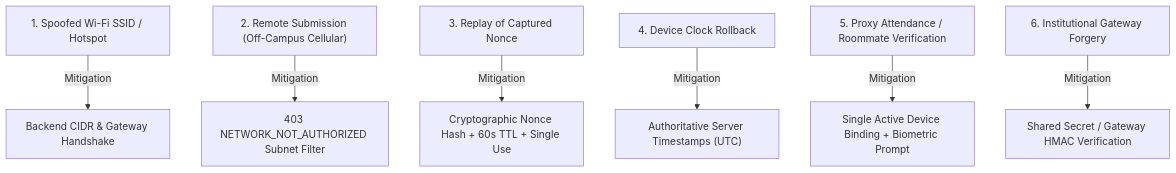
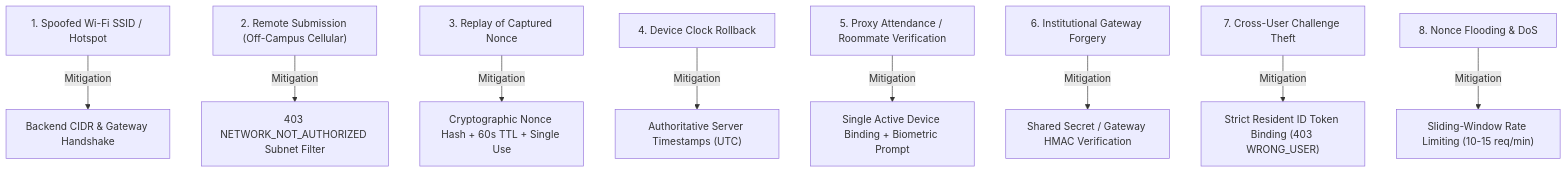
One commit to Jyothikrishna06/Attendance-marker changed the diagram in docs/threat-model.md. Above: the diagram before and after it, drawn with Mermaid. The commit also changed other lines of this file and 12 other files, not shown here.

Commit message:
feat(challenge): implement short-lived verification challenges, anti-replay, wrong-user defense, rate limiting, and tests

````diff
--- a/docs/threat-model.md
+++ b/docs/threat-model.md
@@ -16,9 +16,11 @@
 ```mermaid
 graph TD
     Attack1["1. Spoofed Wi-Fi SSID / Hotspot"] -->|Mitigation| C1["Backend CIDR & Gateway Handshake"]
     Attack2["2. Remote Submission (Off-Campus Cellular)"] -->|Mitigation| C2["403 NETWORK_NOT_AUTHORIZED Subnet Filter"]
     Attack3["3. Replay of Captured Nonce"] -->|Mitigation| C3["Cryptographic Nonce Hash + 60s TTL + Single Use"]
     Attack4["4. Device Clock Rollback"] -->|Mitigation| C4["Authoritative Server Timestamps (UTC)"]
     Attack5["5. Proxy Attendance / Roommate Verification"] -->|Mitigation| C5["Single Active Device Binding + Biometric Prompt"]
     Attack6["6. Institutional Gateway Forgery"] -->|Mitigation| C6["Shared Secret / Gateway HMAC Verification"]
+    Attack7["7. Cross-User Challenge Theft"] -->|Mitigation| C7["Strict Resident ID Token Binding (403 WRONG_USER)"]
+    Attack8["8. Nonce Flooding & DoS"] -->|Mitigation| C8["Sliding-Window Rate Limiting (10-15 req/min)"]
 ```
````
